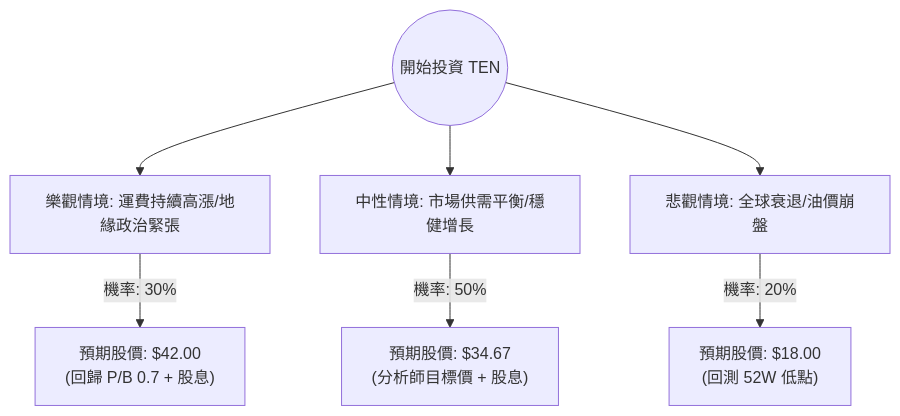
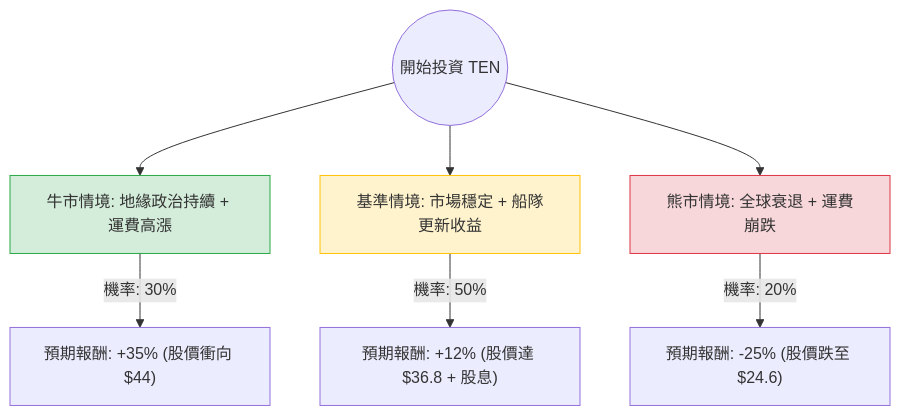
Before and after one commit to zmcx16/zmcx16.github.io: the diagram in plugin-react/ai-analysis/ev-analysis/TEN.md, drawn with Mermaid. The commit also changed other lines of this file and 85 other files, not shown here.

````diff
--- a/plugin-react/ai-analysis/ev-analysis/TEN.md
+++ b/plugin-react/ai-analysis/ev-analysis/TEN.md
@@ -22,10 +19,14 @@
 ```mermaid
 graph TD
-    Start((開始投資 TEN)) --> Bull[樂觀情境: 運費持續高漲/地緣政治緊張]
-    Start --> Base[中性情境: 市場供需平衡/穩健增長]
-    Start --> Bear[悲觀情境: 全球衰退/油價崩盤]
+    Start((開始投資 TEN)) --> Bull[牛市情境: 地緣政治持續 + 運費高漲]
+    Start --> Base[基準情境: 市場穩定 + 船隊更新收益]
+    Start --> Bear[熊市情境: 全球衰退 + 運費崩跌]
 
-    Bull -- "機率: 30%" --> BullVal["預期股價: $42.00 <br/> (回歸 P/B 0.7 + 股息)"]
-    Base -- "機率: 50%" --> BaseVal["預期股價: $34.67 <br/> (分析師目標價 + 股息)"]
-    Bear -- "機率: 20%" --> BearVal["預期股價: $18.00 <br/> (回測 52W 低點)"]
+    Bull -- "機率: 30%" --> BullResult["預期報酬: +35% (股價衝向 $44)"]
+    Base -- "機率: 50%" --> BaseResult["預期報酬: +12% (股價達 $36.8 + 股息)"]
+    Bear -- "機率: 20%" --> BearResult["預期報酬: -25% (股價跌至 $24.6)"]
+
+    style Bull fill:#d4edda,stroke:#28a745
+    style Base fill:#fff3cd,stroke:#ffc107
+    style Bear fill:#f8d7da,stroke:#dc3545
 ```
````
